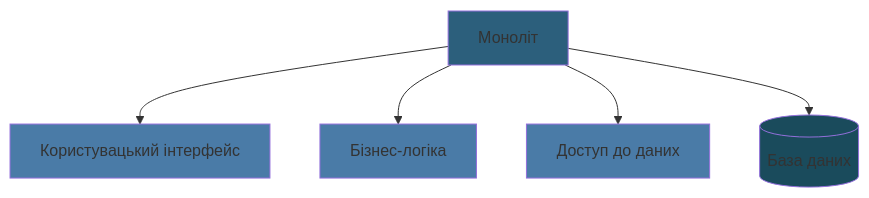
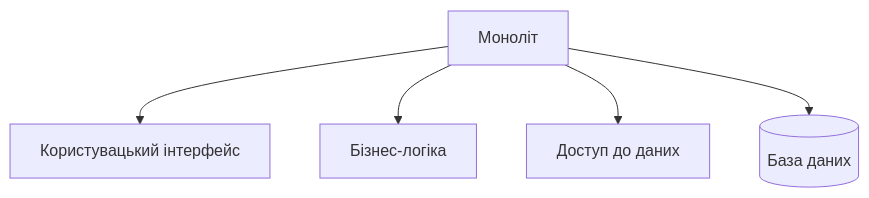
One commit to olroi421/cvk-kpi changed the first of 15 diagrams in docs/pages/pres.md. Above: the diagram before and after it, drawn with Mermaid. The commit also changed other lines of this file, not shown here.

````diff
--- a/docs/pages/pres.md
+++ b/docs/pages/pres.md
@@ -77,13 +77,8 @@
 ```mermaid
 graph TD
     A[Моноліт] --> B[Користувацький інтерфейс]
     A --> C[Бізнес-логіка]
     A --> D[Доступ до даних]
     A --> E[(База даних)]
 
-    style A fill:#2C5F7C
-    style B fill:#4A7BA7
-    style C fill:#4A7BA7
-    style D fill:#4A7BA7
-    style E fill:#1A4B5C
 ```
````
